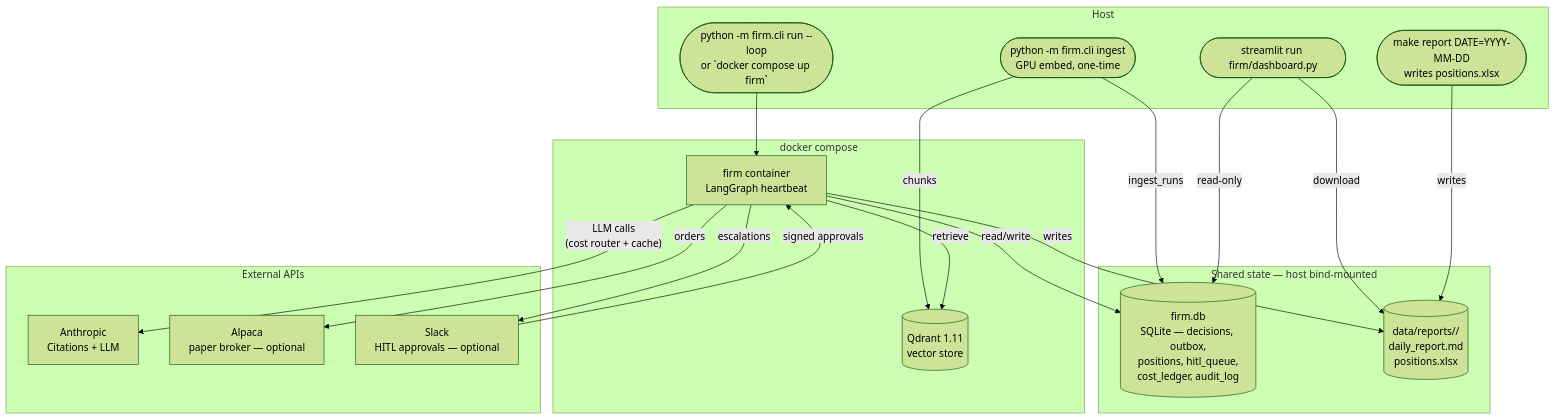
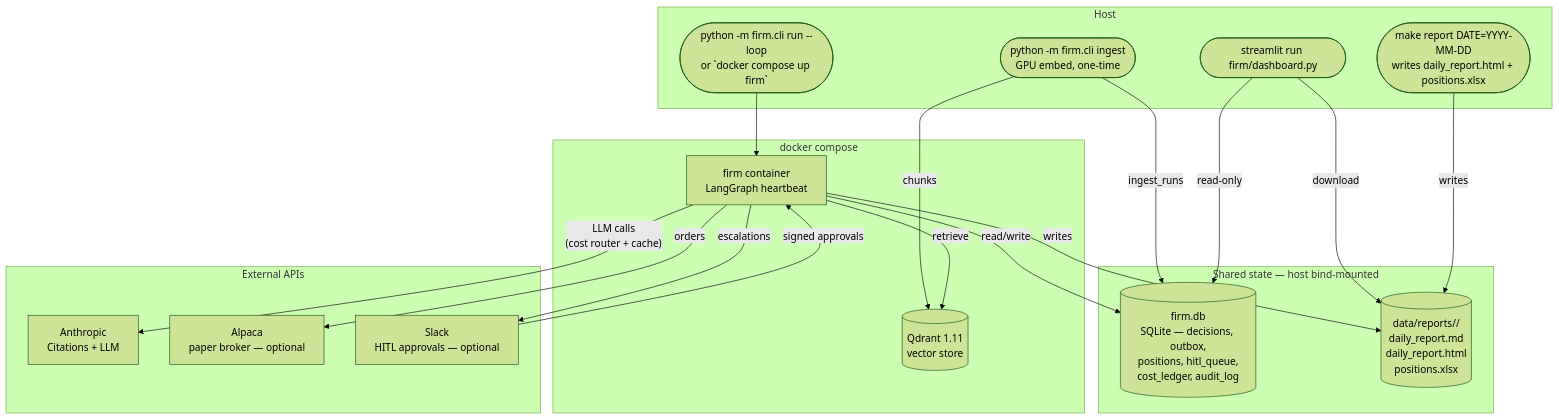
Before and after one commit to NoamDz/AI-Investment-Firm: the second of 2 diagrams in docs/architecture.md, drawn with Mermaid (forest theme). The commit also changed 42 other files, not shown here.

First line of the commit message:
feat(reports): HTML/PDF report + sample_runs bundle + dashboard captures

````diff
--- a/docs/architecture.md
+++ b/docs/architecture.md
@@ -45,39 +45,39 @@
 ```mermaid
 flowchart TB
     subgraph HOST [Host]
       INGEST([python -m firm.cli ingest<br/>GPU embed, one-time])
       LOOP([python -m firm.cli run --loop<br/>or `docker compose up firm`])
       DASH([streamlit run firm/dashboard.py])
-      MAKE([make report DATE=YYYY-MM-DD<br/>writes positions.xlsx])
+      MAKE([make report DATE=YYYY-MM-DD<br/>writes daily_report.html + positions.xlsx])
     end
 
     subgraph DOCKER [docker compose]
       QD[(Qdrant 1.11<br/>vector store)]
       FIRM[firm container<br/>LangGraph heartbeat]
     end
 
     subgraph STATE [Shared state — host bind-mounted]
       DB[(firm.db<br/>SQLite — decisions, outbox,<br/>positions, hitl_queue,<br/>cost_ledger, audit_log)]
-      REP[(data/reports/<DATE>/<br/>daily_report.md<br/>positions.xlsx)]
+      REP[(data/reports/<DATE>/<br/>daily_report.md<br/>daily_report.html<br/>positions.xlsx)]
     end
 
     subgraph EXT [External APIs]
       ANT[Anthropic<br/>Citations + LLM]
       ALP[Alpaca<br/>paper broker — optional]
       SLK[Slack<br/>HITL approvals — optional]
     end
 
     INGEST -- chunks --> QD
     INGEST -- ingest_runs --> DB
     LOOP --> FIRM
     FIRM -- retrieve --> QD
     FIRM -- read/write --> DB
     FIRM -- writes --> REP
     FIRM -- LLM calls<br/>(cost router + cache) --> ANT
     FIRM -- orders --> ALP
     FIRM -- escalations --> SLK
     SLK -- signed approvals --> FIRM
     DASH -- read-only --> DB
     DASH -- download --> REP
     MAKE -- writes --> REP
 ```
````
